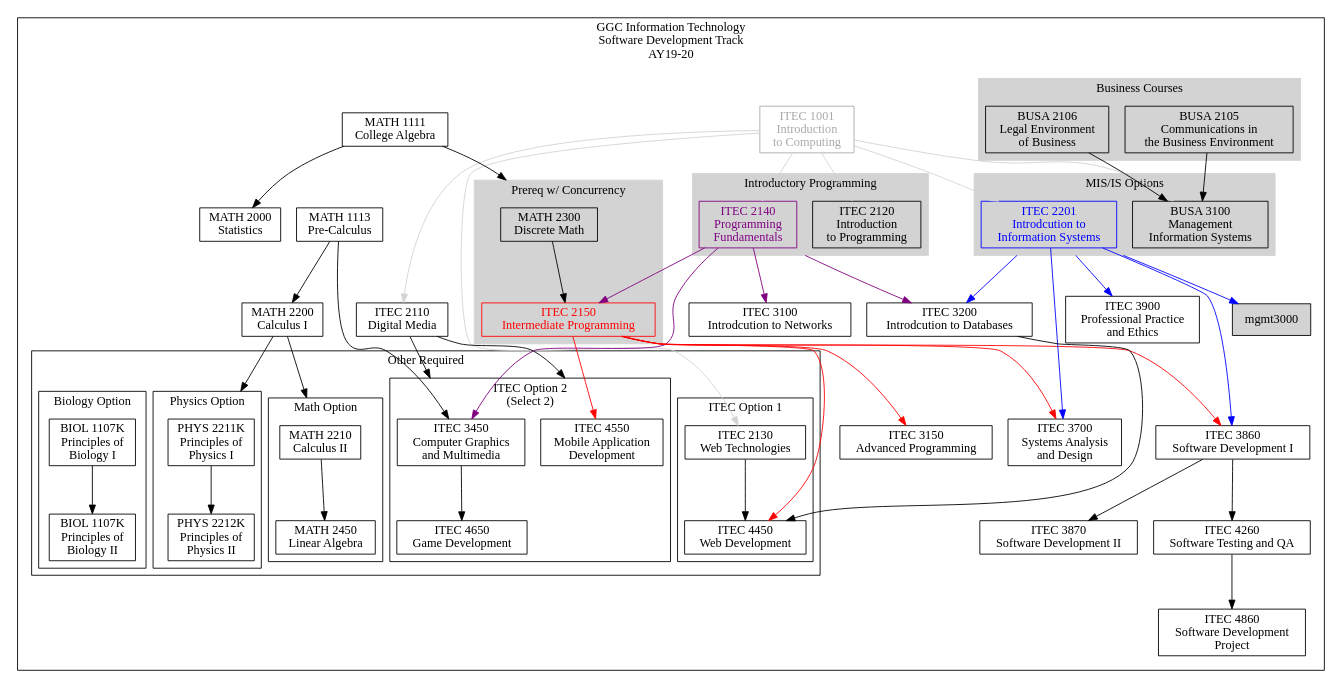
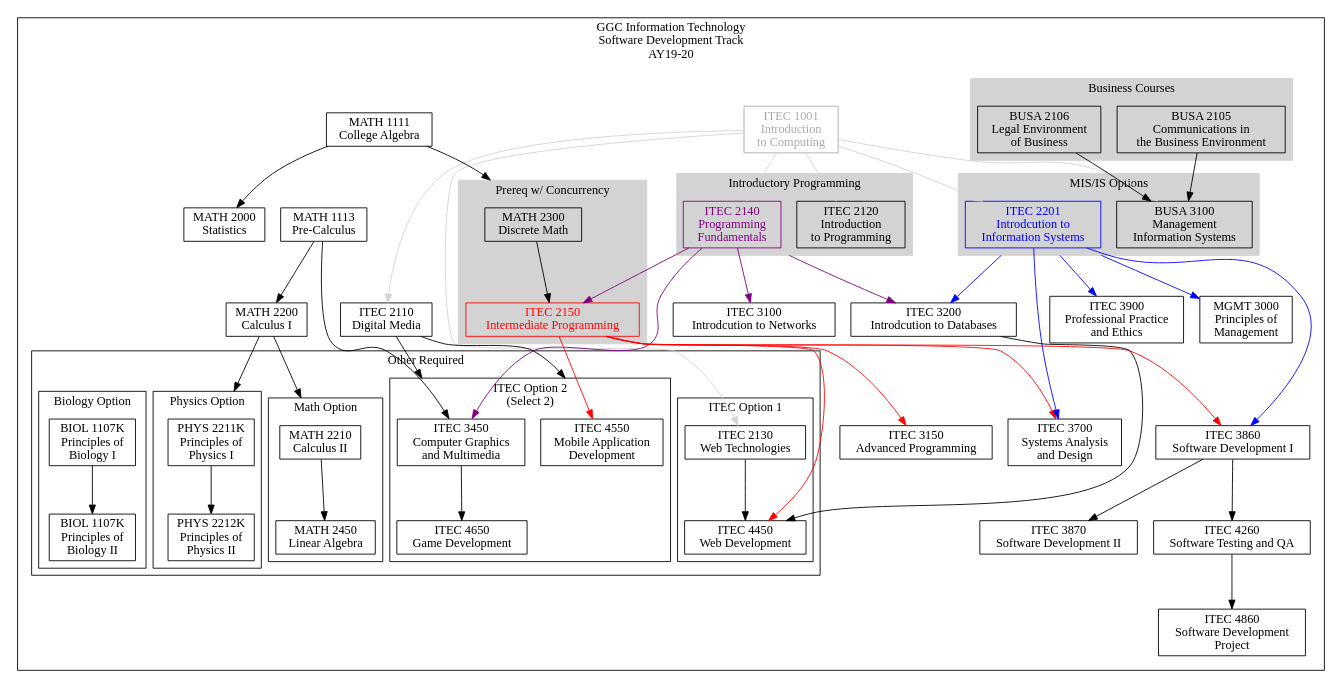
The diagram in AY19-20/SoftwareDevelopment.dot (rjlutz/itec-plans), drawn with Graphviz before and after one commit. The commit also changed 9 other files, not shown here.

```diff
--- a/AY19-20/SoftwareDevelopment.dot
+++ b/AY19-20/SoftwareDevelopment.dot
@@ -1,159 +1,161 @@
 digraph G {
 
     node [shape = record, fontname="Sans serif" fontsize="14"];
     compound = true //  needed to link clusters and nodes
     splines = true
     ranksep=0.75
 
      // All
     itec1001[label = "ITEC 1001\nIntroduction \nto Computing" color=darkgray fontcolor=darkgray]
     itec2110[label = "ITEC 2110\nDigital Media"]
     itec2120[label = "ITEC 2120\nIntroduction\nto Programming"]
     itec2130[label = "ITEC 2130\nWeb Technologies"]
     itec2140[label = "ITEC 2140\nProgramming \nFundamentals" color=purple fontcolor=purple]
     itec2150[label = "ITEC 2150\nIntermediate Programming" color=red fontcolor=red]
     itec2201[label = "ITEC 2201\nIntrodcution to\nInformation Systems" color=blue fontcolor=blue]
     itec3100[label = "ITEC 3100\nIntrodcution to Networks"]
     itec3200[label = "ITEC 3200\nIntrodcution to Databases"]
     itec3900[label = "ITEC 3900\nProfessional Practice\nand Ethics"]
     busa2105[label = "BUSA 2105\nCommunications in\nthe Business Environment"]
     busa2106[label = "BUSA 2106\nLegal Environment\nof Business"]
     busa3100[label = "BUSA 3100\nManagement \nInformation Systems"]
     math1113[label = "MATH 1113\nPre-Calculus"]
     math2300[label = "MATH 2300\nDiscrete Math"]
     math2000[label = "MATH 2000\nStatistics"]
     math2200[label = "MATH 2200\nCalculus I"]
+    mgmt3000[label = "MGMT 3000\nPrinciples of\nManagement"]
 
     // Software Development 
     itec3150[label = "ITEC 3150\nAdvanced Programming"]
     itec3450[label = "ITEC 3450\nComputer Graphics\nand Multimedia"]
     itec3700[label = "ITEC 3700\nSystems Analysis\nand Design"]
     itec3860[label = "ITEC 3860\nSoftware Development I"]
     itec3870[label = "ITEC 3870\nSoftware Development II"]
     itec4260[label = "ITEC 4260\nSoftware Testing and QA"]
     itec4860[label = "ITEC 4860\nSoftware Development\nProject"]
     itec4450[label = "ITEC 4450\nWeb Development"]
     itec4550[label = "ITEC 4550\nMobile Application\nDevelopment"]
     itec4650[label = "ITEC 4650\nGame Development"]
     math1111[label = "MATH 1111\nCollege Algebra"]
     math2210[label = "MATH 2210\nCalculus II"]
     math2450[label = "MATH 2450\nLinear Algebra"]
     phys2211k[label = "PHYS 2211K\nPrinciples of\nPhysics I"]
     phys2212k[label = "PHYS 2212K\nPrinciples of\nPhysics II"]
     biol1107k[label = "BIOL 1107K\nPrinciples of\nBiology I"]
     biol1108k[label = "BIOL 1107K\nPrinciples of\nBiology II"]
 
 
     subgraph clustersd {
         label="GGC Information Technology\nSoftware Development Track\nAY19-20"
 
         subgraph clusterrequired {
             label=""
             node [style=filled];
             style=filled;
 
             color="#FFFFFF";
             
             itec1001 -> itec2110 [color=lightgray]
             itec1001 -> itec2120 [color=lightgray]
             itec1001 -> itec2130 [color=lightgray]
             itec1001 -> itec2201 [color=lightgray]
             itec1001 -> busa3100 [color=lightgray]
 
             busa2106 -> busa3100
             busa2105 -> busa3100
             itec1001 -> itec2140 [color=lightgray]
             itec2140 -> itec2150 [color=purple]
             itec2150 -> itec3150 [lltail=clusterdiscrete color=red]
 
             itec2140 -> itec3100 [color=purple]
             itec2201 -> itec3200 [color=blue ltail=cluster22013100];
             itec2140 -> itec3200 [ltail=cluster21202140 color=purple]
 
             itec2150 -> itec3700 [lltail=clusterdiscrete color=red]
             itec2201 -> itec3700 [color=blue]
 
             itec2150 -> itec3860 [color=red]
             itec2201 -> itec3860 [color=blue]
             itec3860 -> itec3870
             itec2201 -> itec3900 [ltail=cluster22013100 color=blue]
             itec3860 -> itec4260 -> itec4860
             itec2201 -> mgmt3000 [ltail=cluster22013100 color=blue]
 
             math1113 -> math2200
             math1111 -> math2000
             math1111 -> math2300 [lhead=clusterdiscrete]
             math2200 -> math2210 [lhead=clustermathopt]
             itec3200 -> itec4450
 
             math1113 -> itec3450
             itec2110 -> itec3450 [lhead=clusteritecopt2]
+            itec2140 -> itec3450 [color=purple]
             itec2110 -> itec4550 [lhead=clusteritecopt2]
             math2200 -> phys2211k [lhead=clusterphysopt]
             itec2150 -> itec4550 [color=red]
 
             subgraph cluster21202140 {
                 label = "Introductory Programming";
                 color=lightgrey;
                 itec2120
                 itec2140
             }
             subgraph cluster22013100 {
                 label = "MIS/IS Options";
                 color=lightgrey;
                 itec2201
                 busa3100
             }
             subgraph cluster21052106 {
                 label = "Business Courses"
                 color=lightgrey;
                 busa2105
                 busa2106
             }
             
             subgraph clusterdiscrete {
                 label = "Prereq w/ Concurrency";
                 node [style=filled];
                 style=filled;
                 color=lightgrey;
                 math2300 -> itec2150
             }
 
             subgraph clusterotherrequired {
                 label = "Other Required"
                 node [style=filled];
                 style=filled;
                 graph[style=solid]
                 color=black;
 
                 subgraph clusteritecopt1 {
                     label = "ITEC Option 1";
                     itec2130 -> itec4450
                     itec2150 -> itec4450 [color=red]
                 }
 
                 subgraph clusteritecopt2 {
                     label = "ITEC Option 2\n(Select 2)";
-                    itec2140 -> itec3450 [color=purple]
+                    
                     itec3450 -> itec4650
                     itec4550
                 }
 
                 subgraph clusterbiolopt {
                     label = "Biology Option";
                     biol1107k -> biol1108k
                 }
 
                 subgraph clustermathopt {
                     label = "Math Option";
                     math2210 -> math2450
                 }
 
                 subgraph clusterphysopt {
                     label = "Physics Option"
                     phys2211k -> phys2212k
                 }
             }
         }    
     }
 }
```
